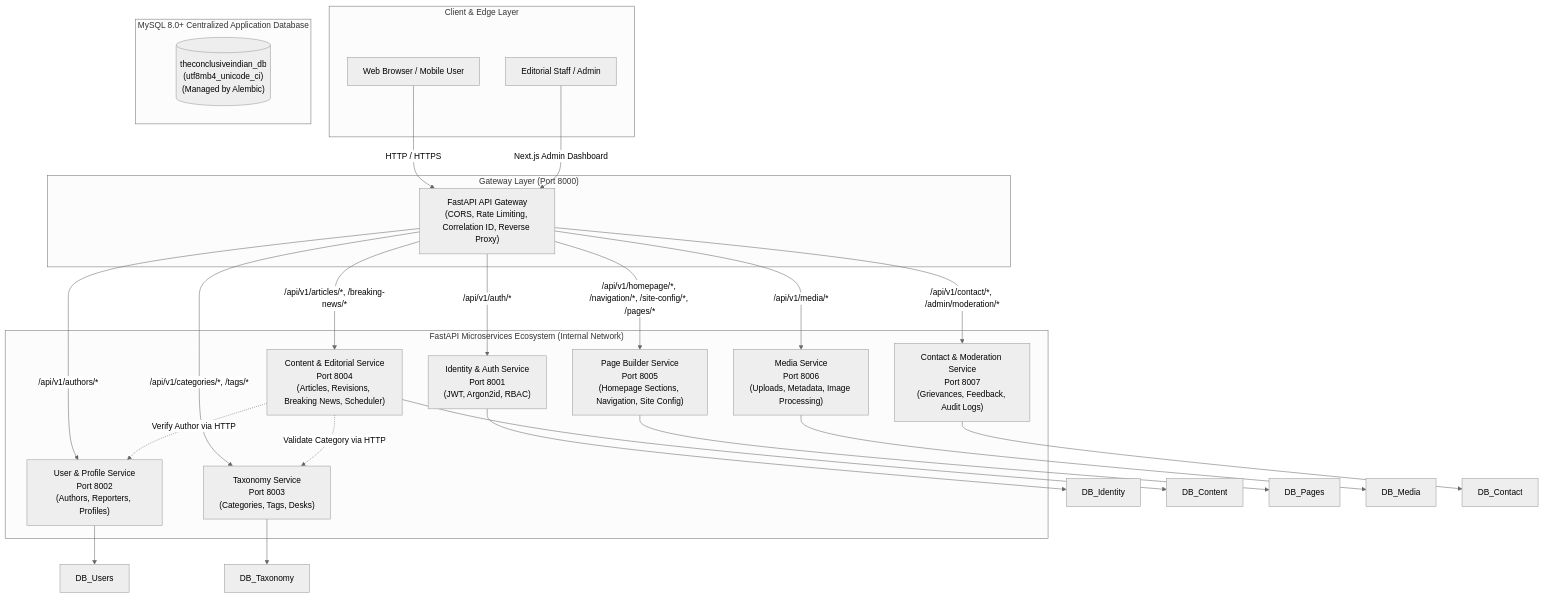
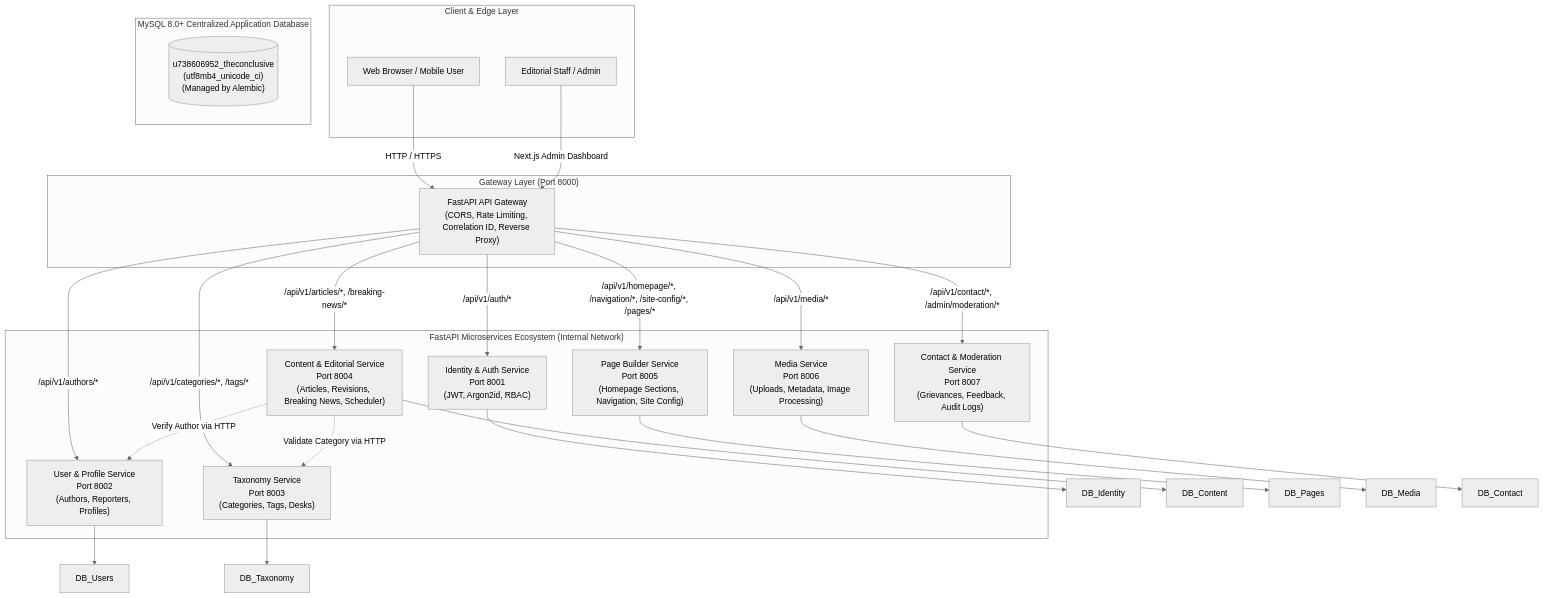
The diagram in docs/ARCHITECTURE.md (mukesh07-ai/theconclusiveindian), drawn with Mermaid (neutral theme) before and after one commit. The commit also changed 24 other files, not shown here.

````diff
--- a/docs/ARCHITECTURE.md
+++ b/docs/ARCHITECTURE.md
@@ -22,47 +22,47 @@
 ```mermaid
 graph TB
     subgraph ClientLayer ["Client & Edge Layer"]
         WebClient["Web Browser / Mobile User"]
         AdminUser["Editorial Staff / Admin"]
     end
 
     subgraph EdgeProxy ["Gateway Layer (Port 8000)"]
         Gateway["FastAPI API Gateway\n(CORS, Rate Limiting, Correlation ID, Reverse Proxy)"]
     end
 
     subgraph Microservices ["FastAPI Microservices Ecosystem (Internal Network)"]
         IdentitySvc["Identity & Auth Service\nPort 8001\n(JWT, Argon2id, RBAC)"]
         UserSvc["User & Profile Service\nPort 8002\n(Authors, Reporters, Profiles)"]
         TaxonomySvc["Taxonomy Service\nPort 8003\n(Categories, Tags, Desks)"]
         ContentSvc["Content & Editorial Service\nPort 8004\n(Articles, Revisions, Breaking News, Scheduler)"]
         PageBuilderSvc["Page Builder Service\nPort 8005\n(Homepage Sections, Navigation, Site Config)"]
         MediaSvc["Media Service\nPort 8006\n(Uploads, Metadata, Image Processing)"]
         ContactModerationSvc["Contact & Moderation Service\nPort 8007\n(Grievances, Feedback, Audit Logs)"]
     end
 
     subgraph StorageLayer ["MySQL 8.0+ Centralized Application Database"]
-        DB_Unified[("theconclusiveindian_db\n(utf8mb4_unicode_ci)\n(Managed by Alembic)")]
+        DB_Unified[("u738606952_theconclusive\n(utf8mb4_unicode_ci)\n(Managed by Alembic)")]
     end
 
     WebClient -->|HTTP / HTTPS| Gateway
     AdminUser -->|Next.js Admin Dashboard| Gateway
 
     Gateway -->|/api/v1/auth/*| IdentitySvc
     Gateway -->|/api/v1/authors/*| UserSvc
     Gateway -->|/api/v1/categories/*, /tags/*| TaxonomySvc
     Gateway -->|/api/v1/articles/*, /breaking-news/*| ContentSvc
     Gateway -->|/api/v1/homepage/*, /navigation/*, /site-config/*, /pages/*| PageBuilderSvc
     Gateway -->|/api/v1/media/*| MediaSvc
     Gateway -->|/api/v1/contact/*, /admin/moderation/*| ContactModerationSvc
 
     IdentitySvc --> DB_Identity
     UserSvc --> DB_Users
     TaxonomySvc --> DB_Taxonomy
     ContentSvc --> DB_Content
     PageBuilderSvc --> DB_Pages
     MediaSvc --> DB_Media
     ContactModerationSvc --> DB_Contact
 
     ContentSvc -.->|Verify Author via HTTP| UserSvc
     ContentSvc -.->|Validate Category via HTTP| TaxonomySvc
 ```
````
